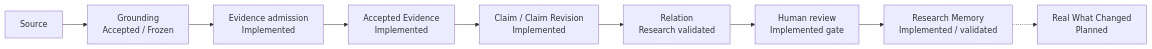
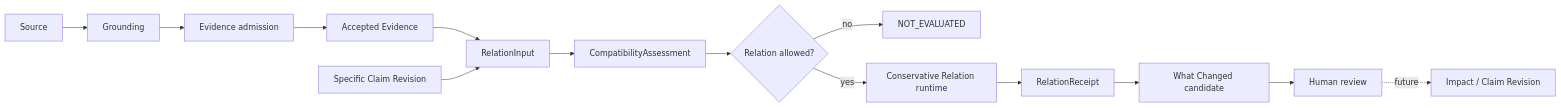
One commit to Anhao1314/flowcredit-research changed the diagram in README.md. Above: the diagram before and after it, drawn with Mermaid. The commit also changed other lines of this file, not shown here.

Commit message:
docs(readme): reposition FlowCredit around auditable belief change

````diff
--- a/README.md
+++ b/README.md
@@ -62,11 +54,16 @@
 ```mermaid
 flowchart LR
-    A[Source] --> B[Grounding<br/>Accepted / Frozen]
-    B --> C[Evidence admission<br/>Implemented]
-    C --> D[Accepted Evidence<br/>Implemented]
-    D --> E[Claim / Claim Revision<br/>Implemented]
-    E --> F[Relation<br/>Research validated]
-    F --> G[Human review<br/>Implemented gate]
-    G --> H[Research Memory<br/>Implemented / validated]
-    H -.-> I[Real What Changed<br/>Planned]
+    A[Source] --> B[Grounding]
+    B --> C[Evidence admission]
+    C --> D[Accepted Evidence]
+    D --> E[RelationInput]
+    F[Specific Claim Revision] --> E
+    E --> G[CompatibilityAssessment]
+    G --> H{Relation allowed?}
+    H -- no --> I[NOT_EVALUATED]
+    H -- yes --> J[Conservative Relation runtime]
+    J --> K[RelationReceipt]
+    K --> L[What Changed candidate]
+    L --> M[Human review]
+    M -. future .-> N[Impact / Claim Revision]
 ```
````
